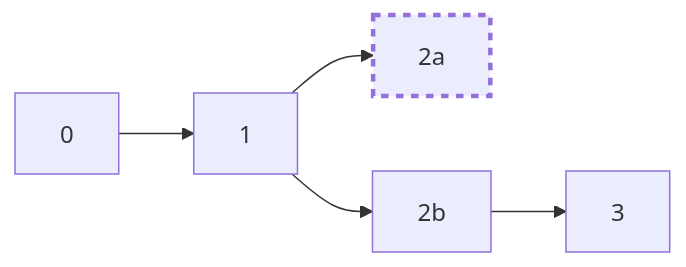
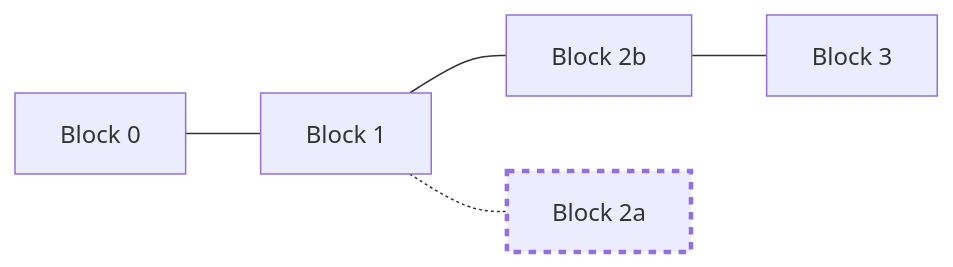
The first of 2 diagrams in protocol/blockchain.md (BitcoinUnlimited/BitcoinCashSpecification), drawn with Mermaid before and after one commit. The commit also changed other lines of this file, not shown here.

````diff
--- a/protocol/blockchain.md
+++ b/protocol/blockchain.md
@@ -56,10 +56,10 @@
 ```mermaid
 graph LR
 
-0 --> 1
-1 --> 2a
-1 --> 2b
-2b --> 3
+0[Block 0] --- 1[Block 1]
+1 --- 2b[Block 2b]
+1 -.- 2a[Block 2a]
+2b --- 3[Block 3]
 
 style 2a stroke-width: 3px, stroke-dasharray: 5
 ```
````
